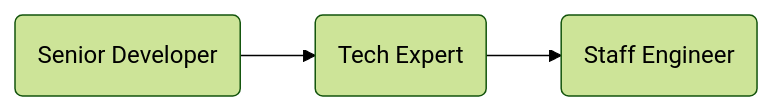
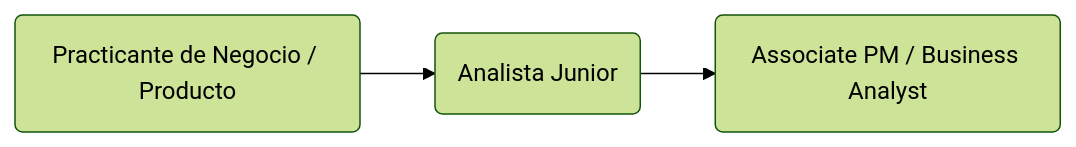
One commit to EdgarRangelInnovate/EdgarRangelInnovate changed the sixth of 10 diagrams in knowledge.md. Above: the diagram before and after it, drawn with Mermaid (forest theme). The commit also changed other lines of this file and 16 other files, not shown here.

````diff
--- a/knowledge.md
+++ b/knowledge.md
@@ -103,6 +286,6 @@
 ```mermaid
 flowchart LR
-  A(Senior Developer) -->
-  B(Tech Expert) -->
-  C(Staff Engineer)
+  A(Practicante de Negocio / Producto) -->
+  B(Analista Junior) -->
+  C(Associate PM / Business Analyst)
 ```
````
